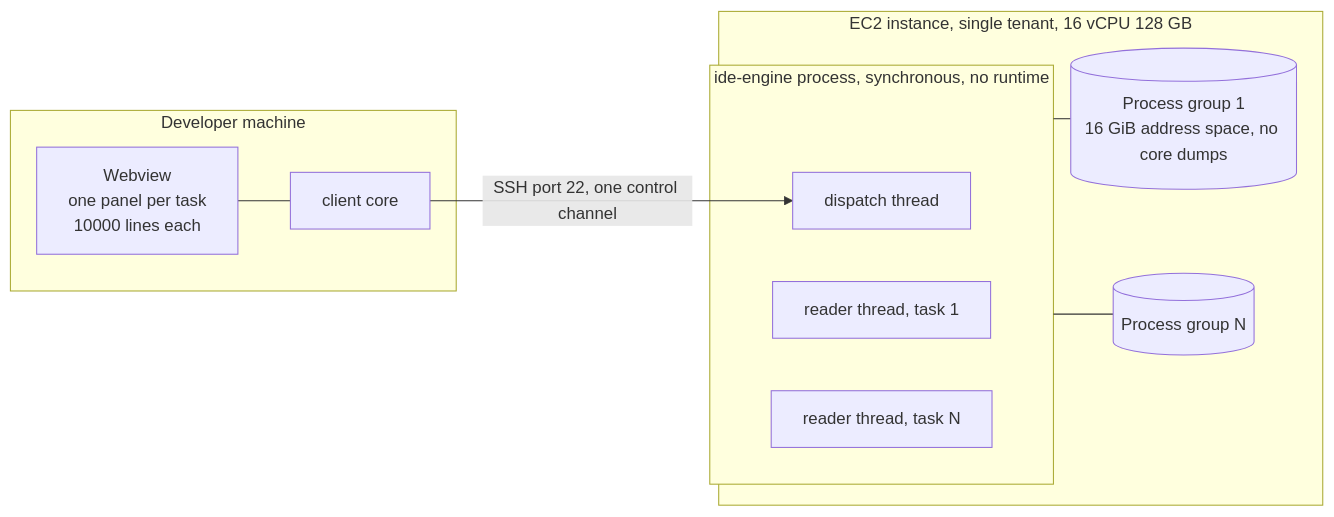
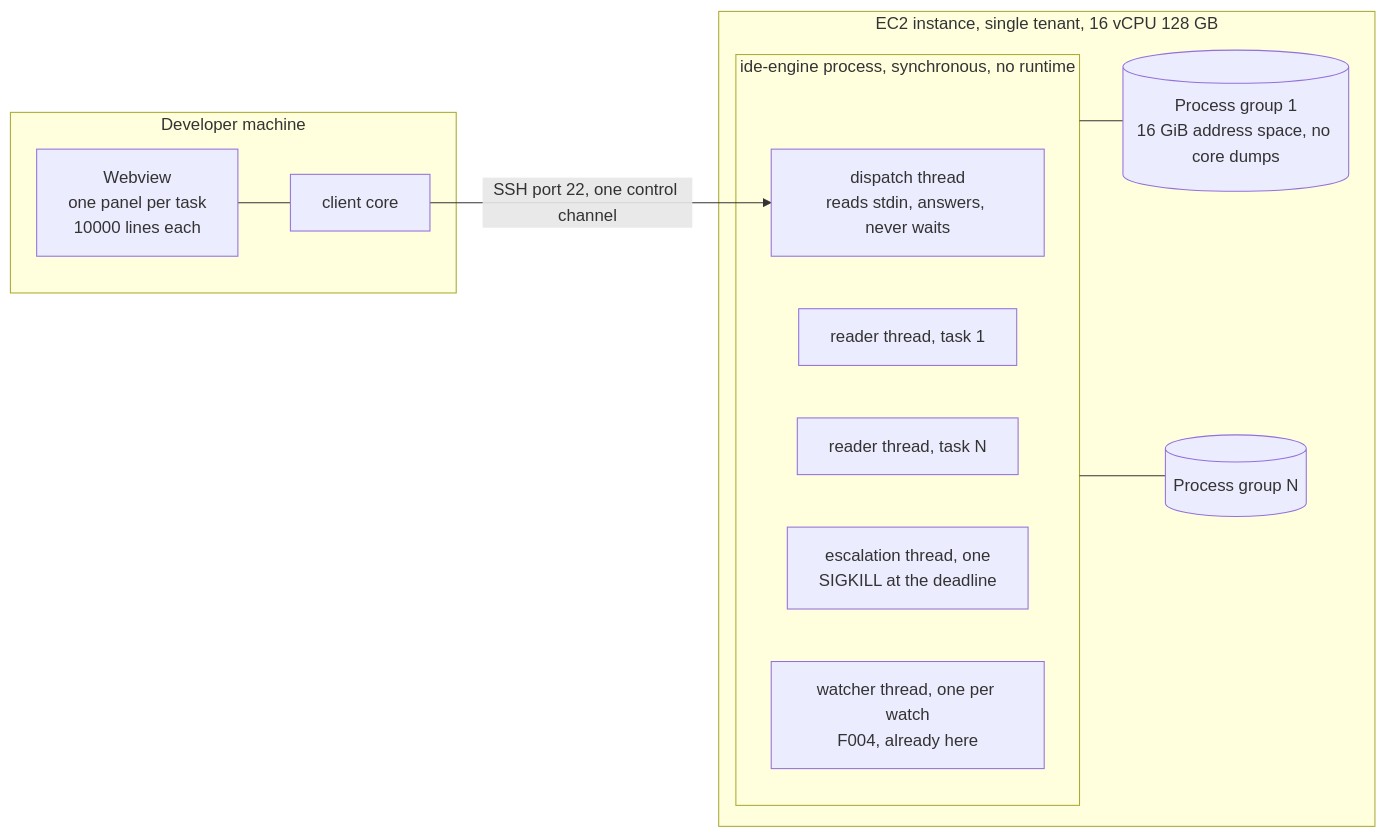
Before and after one commit to nbugash/project-apex: the third of 5 diagrams in specs/007-execution-terminals/architecture.md, drawn with Mermaid. The commit also changed other lines of this file and 9 other files, not shown here.

````diff
--- a/specs/007-execution-terminals/architecture.md
+++ b/specs/007-execution-terminals/architecture.md
@@ -151,20 +153,22 @@
 ```mermaid
 flowchart LR
     subgraph laptop[Developer machine]
         webview[Webview<br/>one panel per task<br/>10000 lines each]
         core[client core]
         webview --- core
     end
     subgraph ec2[EC2 instance, single tenant, 16 vCPU 128 GB]
         subgraph proc[ide-engine process, synchronous, no runtime]
-            disp[dispatch thread]
+            disp[dispatch thread<br/>reads stdin, answers, never waits]
             rd1[reader thread, task 1]
             rdn[reader thread, task N]
+            esc[escalation thread, one<br/>SIGKILL at the deadline]
+            wat[watcher thread, one per watch<br/>F004, already here]
         end
         pg1[(Process group 1<br/>16 GiB address space, no core dumps)]
         pgn[(Process group N)]
         proc --- pg1
         proc --- pgn
     end
     core -->|SSH port 22, one control channel| disp
 ```
````
